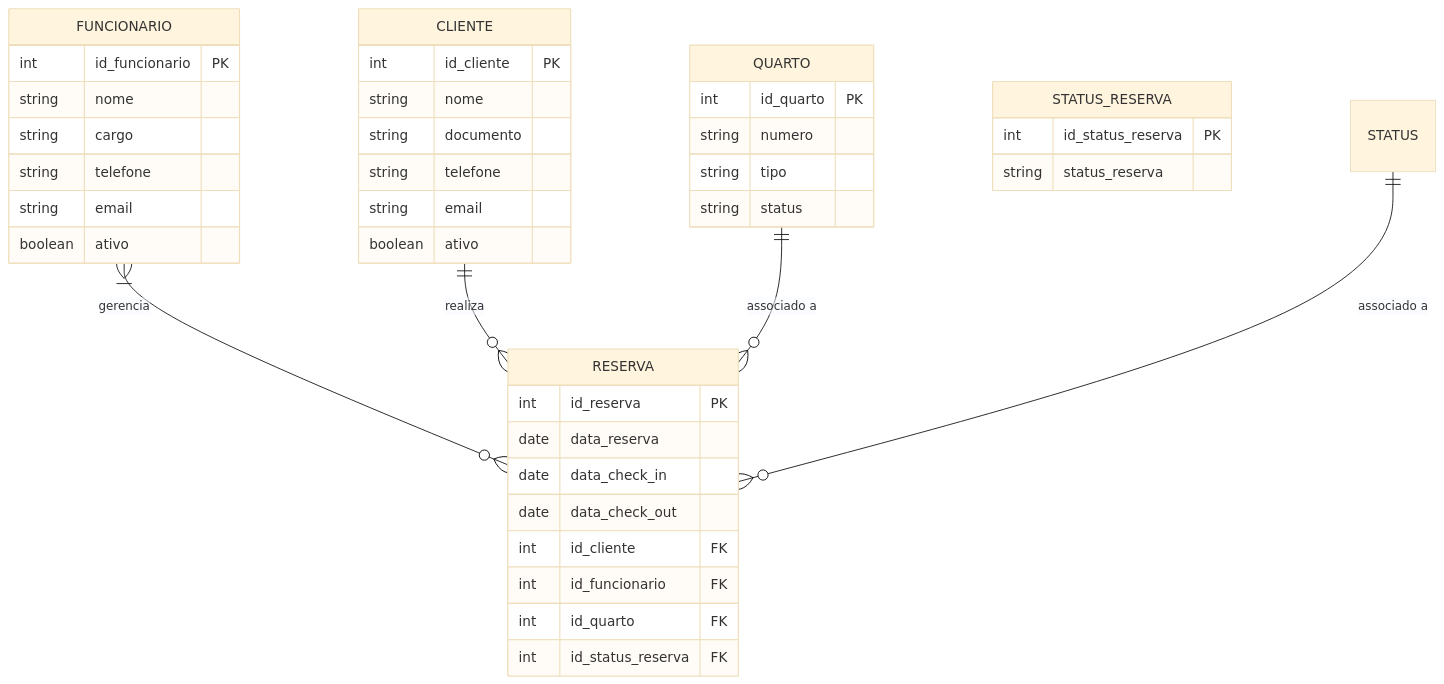
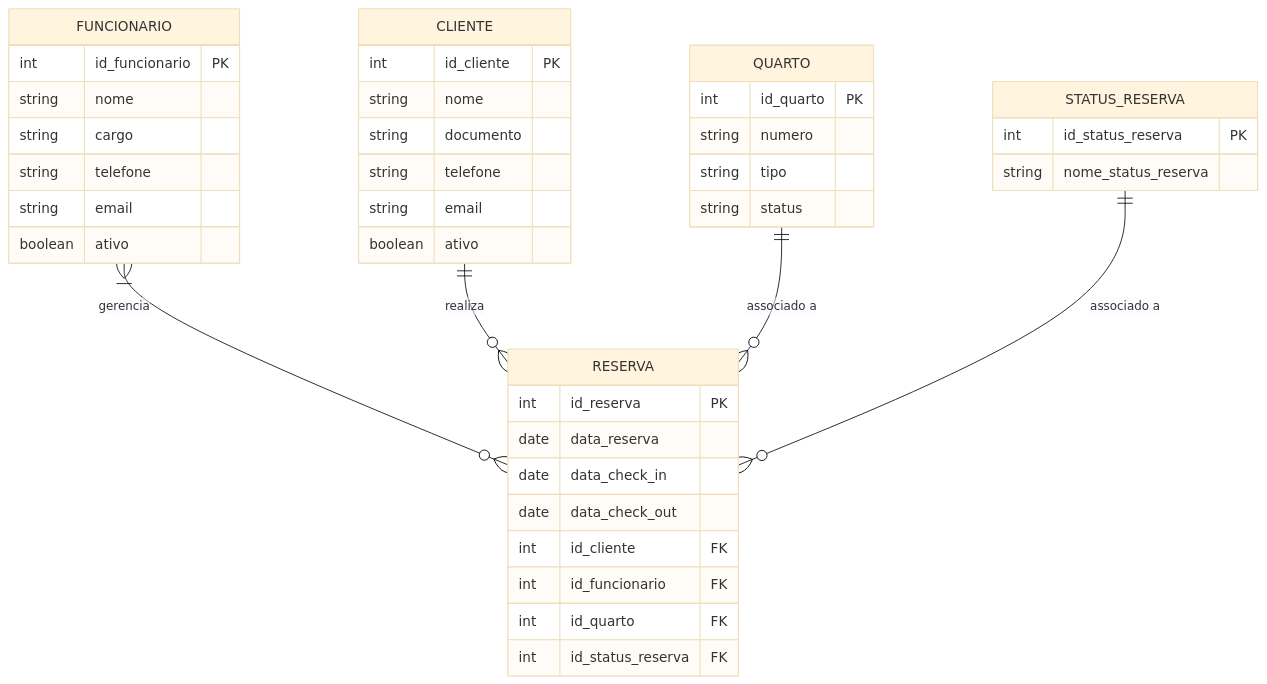
One commit to rodrigotmo/fullstack1-hotel-manager changed the diagram in README.md. Above: the diagram before and after it, drawn with Mermaid (base theme).

Commit message:
Adicionando diagrama ER no readme

````diff
--- a/README.md
+++ b/README.md
@@ -6,48 +6,48 @@
 ```mermaid
 erDiagram
     FUNCIONARIO {
         int id_funcionario PK
         string nome
         string cargo
         string telefone
         string email
         boolean ativo
     }
 
     QUARTO {
         int id_quarto PK
         string numero
         string tipo
         string status
     }
 
     CLIENTE {
         int id_cliente PK
         string nome
         string documento
         string telefone
         string email
         boolean ativo
     }
 
     RESERVA {
         int id_reserva PK
         date data_reserva
         date data_check_in
         date data_check_out
         int id_cliente FK
         int id_funcionario FK
         int id_quarto FK
         int id_status_reserva FK
     }
 
     STATUS_RESERVA {
         int id_status_reserva PK
-        string status_reserva
+        string nome_status_reserva
     }
 
     FUNCIONARIO }|--o{ RESERVA : "gerencia"
     CLIENTE ||--o{ RESERVA : "realiza"
     QUARTO ||--o{ RESERVA : "associado a"
-    STATUS ||--o{ RESERVA : "associado a"
+    STATUS_RESERVA ||--o{ RESERVA : "associado a"
 ```
````
